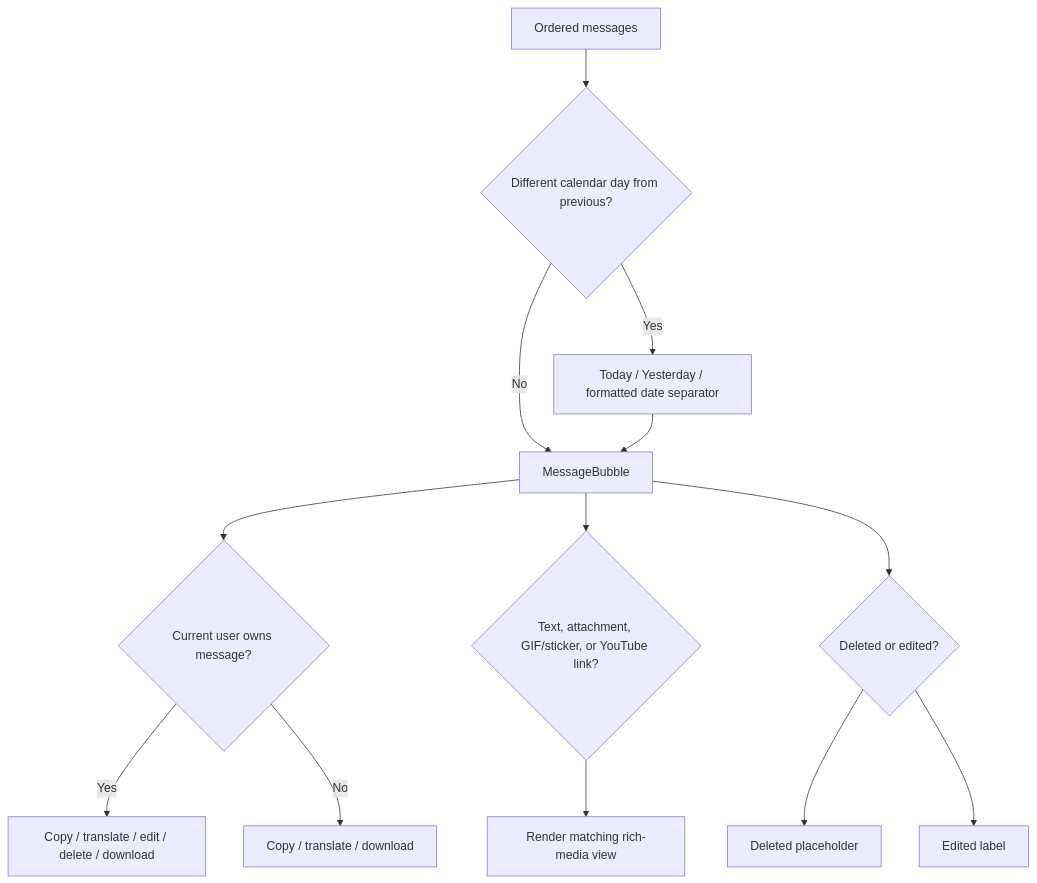
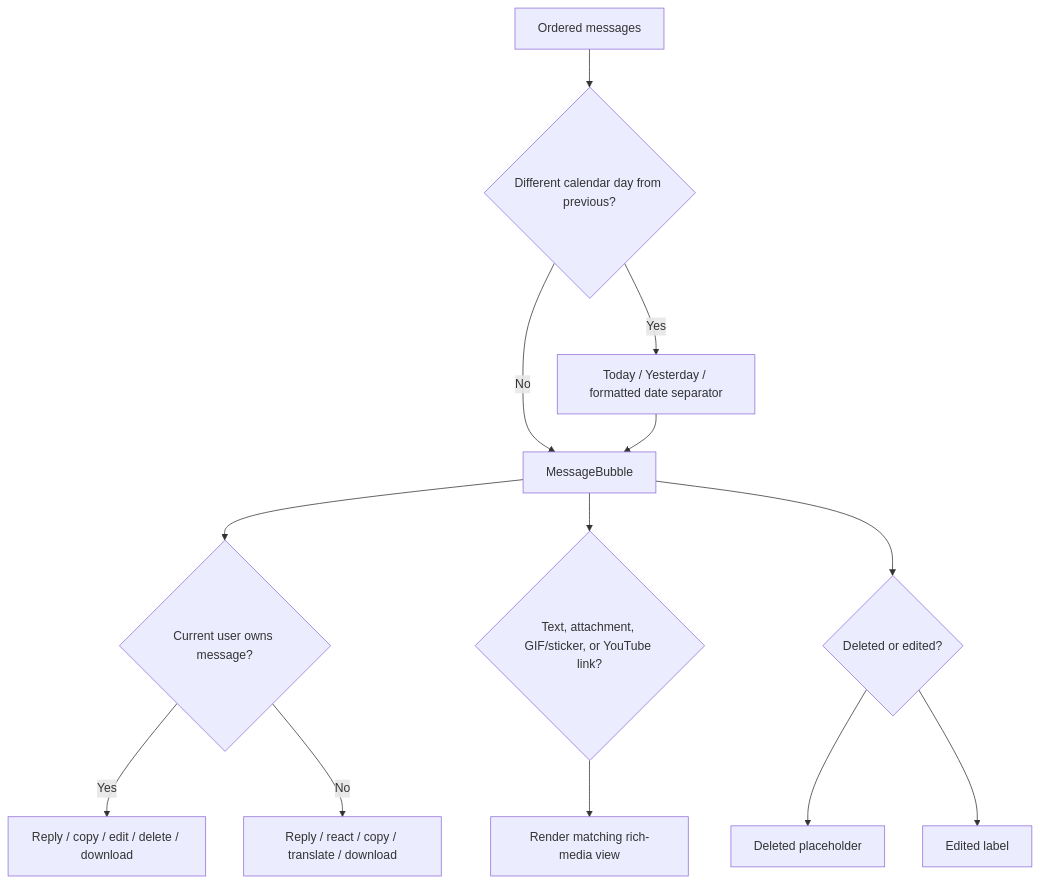
One commit to Saurav11343/click-chat changed the third of 3 diagrams in docs/06-frontend-design.md. Above: the diagram before and after it, drawn with Mermaid. The commit also changed other lines of this file and 18 other files, not shown here.

````diff
--- a/docs/06-frontend-design.md
+++ b/docs/06-frontend-design.md
@@ -136,15 +139,15 @@
 ```mermaid
 flowchart TD
     LIST["Ordered messages"] --> DAY{"Different calendar day from previous?"}
     DAY -->|"Yes"| SEP["Today / Yesterday / formatted date separator"]
     DAY -->|"No"| BUBBLE["MessageBubble"]
     SEP --> BUBBLE
     BUBBLE --> OWN{"Current user owns message?"}
-    OWN -->|"Yes"| MENU["Copy / translate / edit / delete / download"]
-    OWN -->|"No"| VIEW["Copy / translate / download"]
+    OWN -->|"Yes"| MENU["Reply / copy / edit / delete / download"]
+    OWN -->|"No"| VIEW["Reply / react / copy / translate / download"]
     BUBBLE --> KIND{"Text, attachment, GIF/sticker, or YouTube link?"}
     KIND --> RICH["Render matching rich-media view"]
     BUBBLE --> STATE{"Deleted or edited?"}
     STATE --> DEL["Deleted placeholder"]
     STATE --> EDIT["Edited label"]
 ```
````
